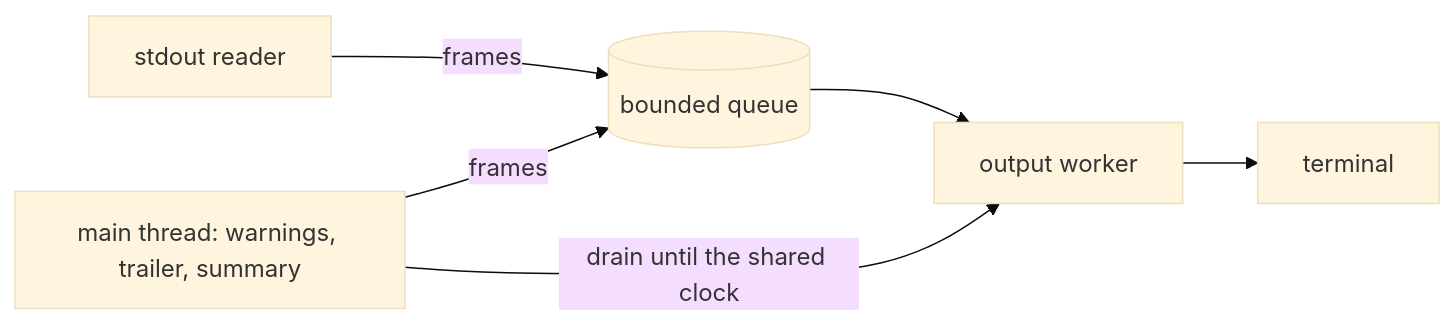
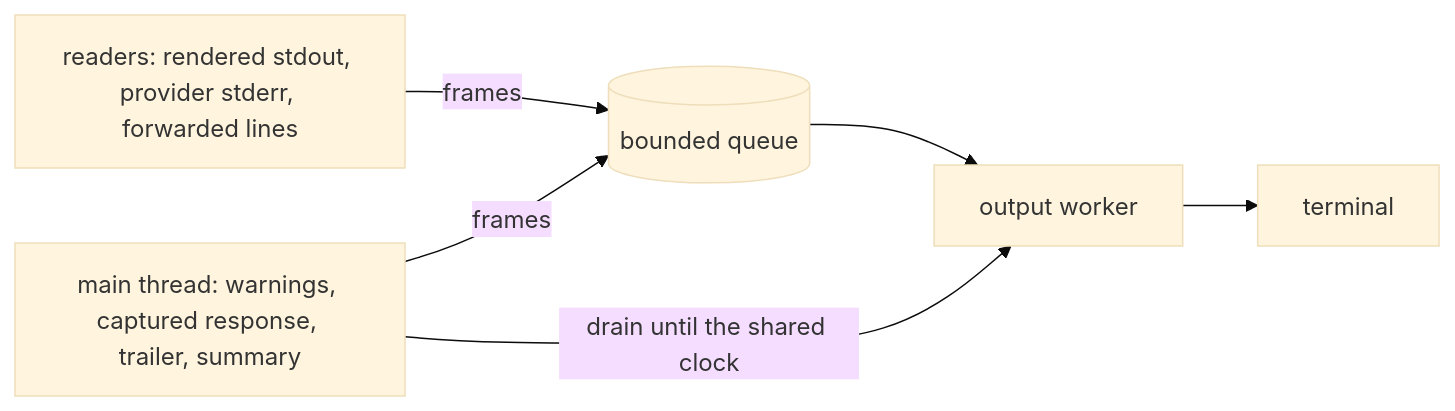
Before and after one commit to yankeeinlondon/rusty-biscuit: the third of 4 diagrams in claudine/docs/topics/timeouts.md, drawn with Mermaid (base theme). The commit also changed other lines of this file and 4 other files, not shown here.

````diff
--- a/claudine/docs/topics/timeouts.md
+++ b/claudine/docs/topics/timeouts.md
@@ -518,7 +558,7 @@
 ```mermaid
 flowchart LR
-    R[stdout reader] -- frames --> Q[(bounded queue)]
-    M[main thread: warnings, trailer, summary] -- frames --> Q
+    R[readers: rendered stdout, provider stderr, forwarded lines] -- frames --> Q[(bounded queue)]
+    M[main thread: warnings, captured response, trailer, summary] -- frames --> Q
     Q --> W[output worker] --> T[terminal]
     M -- drain until the shared clock --> W
 ```
````
